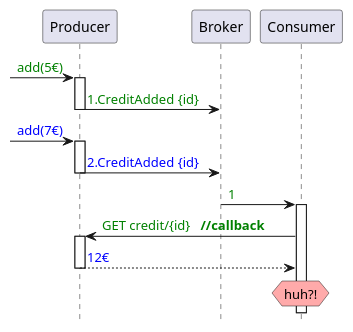
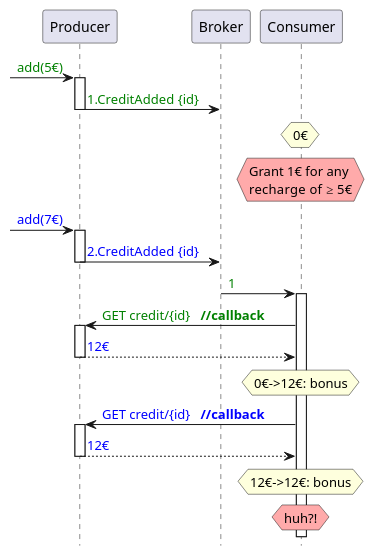
One commit to victorrentea/kafka changed the diagram in patterns/3_race_c_p_calback_race_late!!.puml. Above: the diagram before and after it, drawn with PlantUML. The commit also changed 10 other files, not shown here.

```diff
--- a/patterns/3_race_c_p_calback_race_late!!.puml
+++ b/patterns/3_race_c_p_calback_race_late!!.puml
@@ -1,15 +1,21 @@
 @startuml
 'title Consumer Callback Race
 hide footbox
 
 -> Producer++: <font color=green>add(5€)
 Broker<-Producer--: <font color=green>1.CreditAdded {id}
+hnote over Consumer: 0€
+hnote over Consumer #FFAAAA: Grant 1€ for any\nrecharge of ≥ 5€
 
 ->Producer++:<font color=blue>add(7€)
 Broker<-Producer--: <font color=blue>2.CreditAdded {id}
 Broker->Consumer++: <font color=green>1
 Consumer->Producer++: <font color=green>GET credit/{id}   **//callback**
 Consumer<--Producer--: <font color=blue>12€
+hnote over Consumer: 0€->12€: bonus
+Consumer->Producer++: <font color=blue>GET credit/{id}   **//callback**
+Consumer<--Producer--: <font color=blue>12€
+hnote over Consumer: 12€->12€: bonus
 hnote over Consumer #FFAAAA: huh?!
 
 @enduml
```
